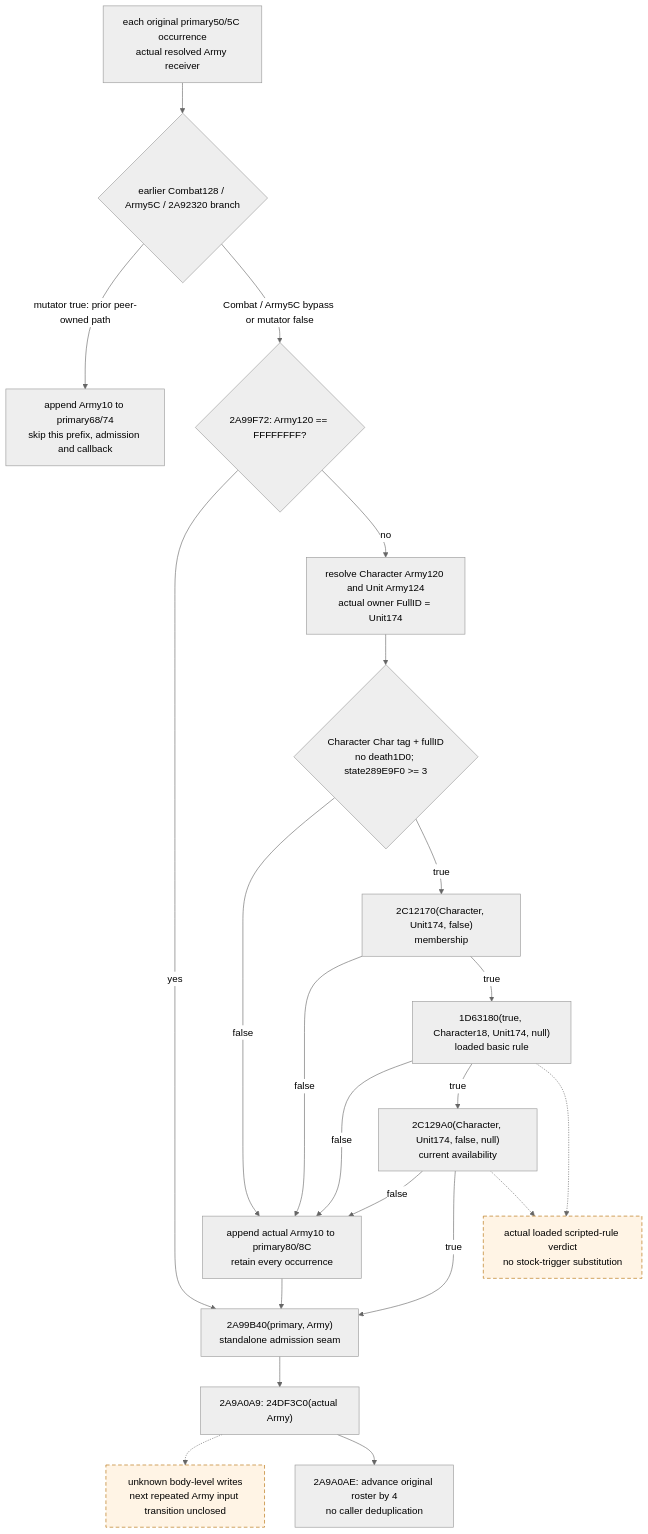
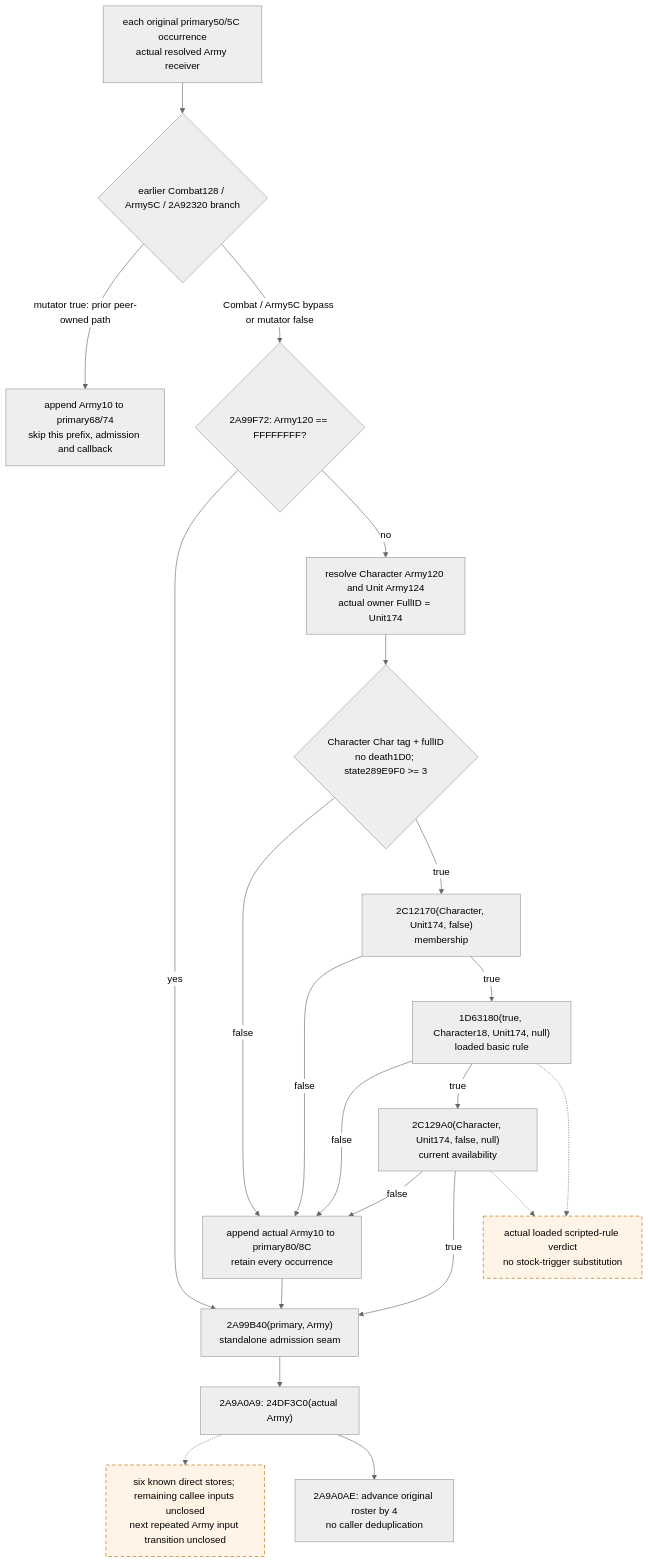
Before and after one commit to XenoAmess/ck3_eternal_recurrence: the first of 2 diagrams in docs/ck3-native-ai/army-pre-date-character-prefix-and-post-admission-callback-12003.md, drawn with Mermaid (neutral theme). The commit also changed other lines of this file, not shown here.

Commit message:
Document post-admission Army refresh inputs and writes

````diff
--- a/docs/ck3-native-ai/army-pre-date-character-prefix-and-post-admission-callback-12003.md
+++ b/docs/ck3-native-ai/army-pre-date-character-prefix-and-post-admission-callback-12003.md
@@ -36,37 +36,37 @@
 ```mermaid
 flowchart TD
     R["each original primary50/5C occurrence
 actual resolved Army receiver"] --> E{"earlier Combat128 / Army5C / 2A92320 branch"}
     E -->|"mutator true: prior peer-owned path"| Q68["append Army10 to primary68/74
 skip this prefix, admission and callback"]
     E -->|"Combat / Army5C bypass or mutator false"| C120{"2A99F72: Army120 == FFFFFFFF?"}
     C120 -->|yes| A["2A99B40(primary, Army)
 standalone admission seam"]
     C120 -->|no| CU["resolve Character Army120 and Unit Army124
 actual owner FullID = Unit174"]
     CU --> CH{"Character Char tag + fullID
 no death1D0; state289E9F0 >= 3"}
     CH -->|false| Q80["append actual Army10 to primary80/8C
 retain every occurrence"]
     CH -->|true| M["2C12170(Character, Unit174, false)
 membership"]
     M -->|false| Q80
     M -->|true| B["1D63180(true, Character18, Unit174, null)
 loaded basic rule"]
     B -->|false| Q80
     B -->|true| N["2C129A0(Character, Unit174, false, null)
 current availability"]
     N -->|false| Q80
     N -->|true| A
     Q80 --> A
     A --> POST["2A9A0A9: 24DF3C0(actual Army)"]
-    POST -.-> U["unknown body-level writes
+    POST -.-> U["six known direct stores; remaining callee inputs unclosed
 next repeated Army input transition unclosed"]
     POST --> NEXT["2A9A0AE: advance original roster by 4
 no caller deduplication"]
     B -.-> RULE["actual loaded scripted-rule verdict
 no stock-trigger substitution"]
     N -.-> RULE
     classDef unknown stroke-dasharray: 6 4,fill:#fff4e5,stroke:#b36b00;
     class U,RULE unknown;
 ```
````
